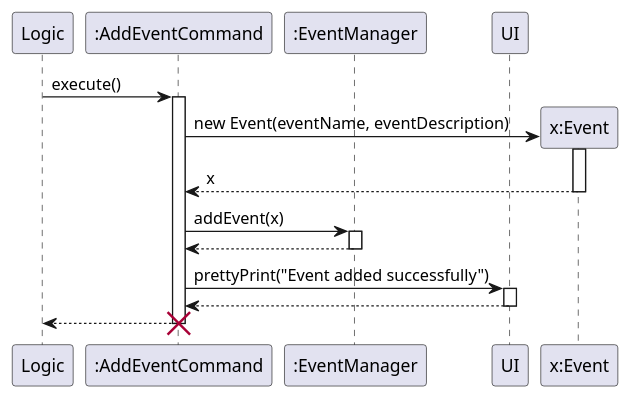
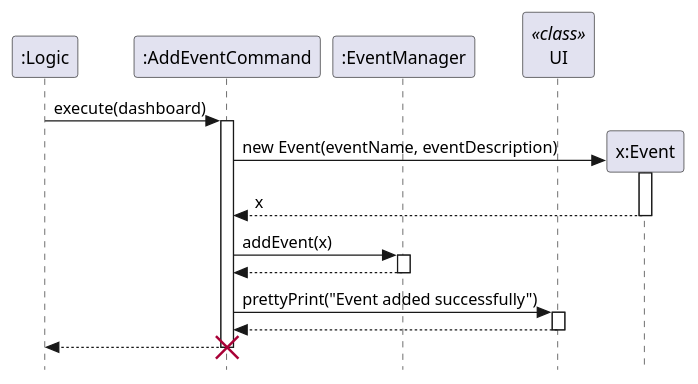
Before and after one commit to JianJiaT/tp: the diagram in docs/team/UML_Files/executeAddEventCommand.puml, drawn with PlantUML. The commit also changed 7 other files, not shown here.

```diff
--- a/docs/team/UML_Files/executeAddEventCommand.puml
+++ b/docs/team/UML_Files/executeAddEventCommand.puml
@@ -1,29 +1,31 @@
 @startuml
-participant Logic  
+skinparam Style strictuml
+
+participant ":Logic" AS Logic
 participant ":AddEventCommand" AS AddEventCommand 
 participant ":EventManager" AS EventManager
-participant UI 
+participant UI <<class>>
 
-Logic -> AddEventCommand : execute()
+Logic -> AddEventCommand : execute(dashboard)
 activate AddEventCommand
 create "x:Event" as Event 
 AddEventCommand -> Event: new Event(eventName, eventDescription)
 activate Event
 Event --> AddEventCommand : x
 deactivate Event
 
 AddEventCommand -> EventManager : addEvent(x)
 activate EventManager
 EventManager --> AddEventCommand
 deactivate EventManager
 
 AddEventCommand -> UI : prettyPrint("Event added successfully")
 activate UI
 UI --> AddEventCommand
 deactivate UI
 
 AddEventCommand --> Logic 
 deactivate AddEventCommand
 
 destroy AddEventCommand
 @enduml
```
